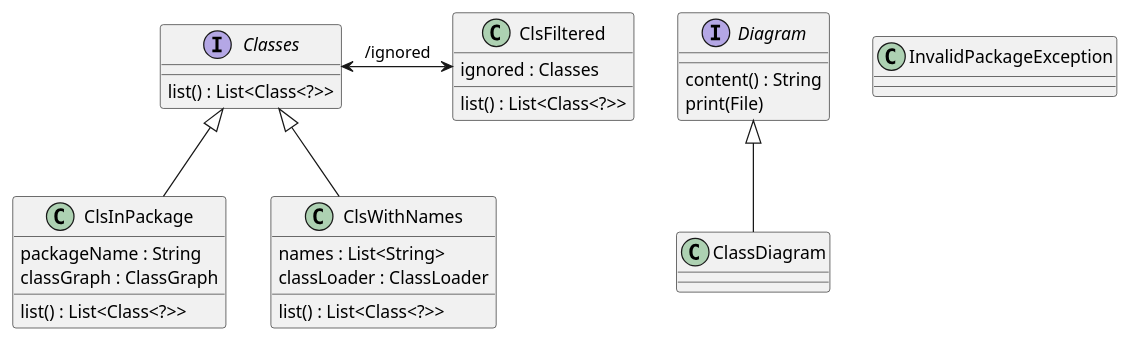
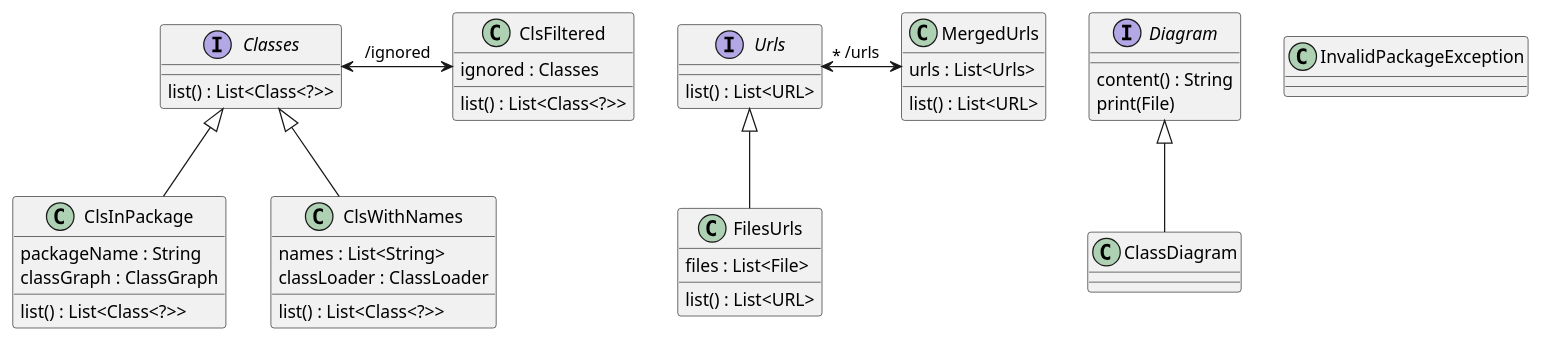
One commit to RoRoche/eo-plantuml-builder changed the diagram in diagrams/class_diagram.plantuml. Above: the diagram before and after it, drawn with PlantUML. The commit also changed 26 other files, not shown here.

```diff
--- a/diagrams/class_diagram.plantuml
+++ b/diagrams/class_diagram.plantuml
@@ -1,38 +1,54 @@
 @startuml
 
 class "ClassDiagram"
 
 interface "Classes" {
   list() : List<Class<?>>
 }
 
 class "ClsFiltered" {
   ignored : Classes
   list() : List<Class<?>>
 }
 
 class "ClsInPackage" {
   packageName : String
   classGraph : ClassGraph
   list() : List<Class<?>>
 }
 
 class "ClsWithNames" {
   names : List<String>
   classLoader : ClassLoader
   list() : List<Class<?>>
 }
 
 interface "Diagram" {
   content() : String
   print(File)
 }
 
+class "FilesUrls" {
+  files : List<File>
+  list() : List<URL>
+}
+
 class "InvalidPackageException"
+
+class "MergedUrls" {
+  urls : List<Urls>
+  list() : List<URL>
+}
+
+interface "Urls" {
+  list() : List<URL>
+}
 
 "Classes" <-> "ClsFiltered" : /ignored
 "Classes" <|-- "ClsInPackage"
 "Classes" <|-- "ClsWithNames"
 "Diagram" <|-- "ClassDiagram"
+"Urls" <|-- "FilesUrls"
+"Urls" "*" <-> "MergedUrls" : /urls
 
 @enduml
```
